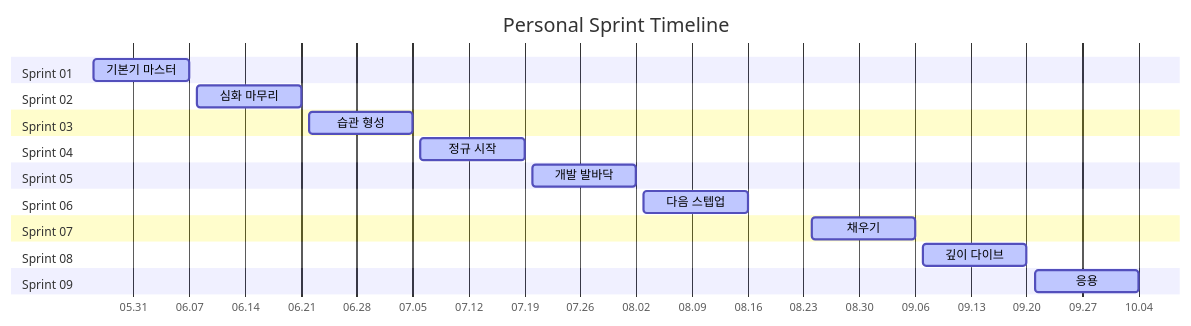
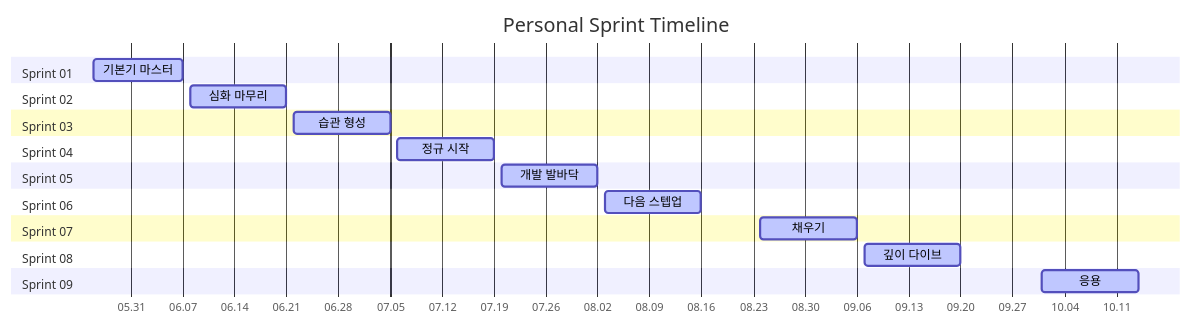
The diagram in README.md (Vryez11/personal-sprint), drawn with Mermaid before and after one commit. The commit also changed other lines of this file and 1 other file, not shown here.

Commit message:
sprint09: 일정 변경

````diff
--- a/README.md
+++ b/README.md
@@ -12,24 +12,24 @@
 ```mermaid
 gantt
     title Personal Sprint Timeline
     dateFormat YYYY-MM-DD
     axisFormat %m.%d
     section Sprint 01
     기본기 마스터 :active, s1, 2026-05-26, 2026-06-07
     section Sprint 02
     심화 마무리 :active, s2, 2026-06-08, 2026-06-21
     section Sprint 03
     습관 형성 :active, s3, 2026-06-22, 2026-07-05
     section Sprint 04
     정규 시작 :active, s4, 2026-07-06, 2026-07-19
     section Sprint 05
     개발 발바닥 :active, s5, 2026-07-20, 2026-08-02
     section Sprint 06
     다음 스텝업 :active, s6, 2026-08-03, 2026-08-16
     section Sprint 07
     채우기 :active, s7, 2026-08-24, 2026-09-06
     section Sprint 08
     깊이 다이브 :active, s8, 2026-09-07, 2026-09-20
     section Sprint 09
-    응용 :active, s9, 2026-09-21, 2026-10-04
+    응용 :active, s9, 2026-10-01, 2026-10-14
 ```
````
